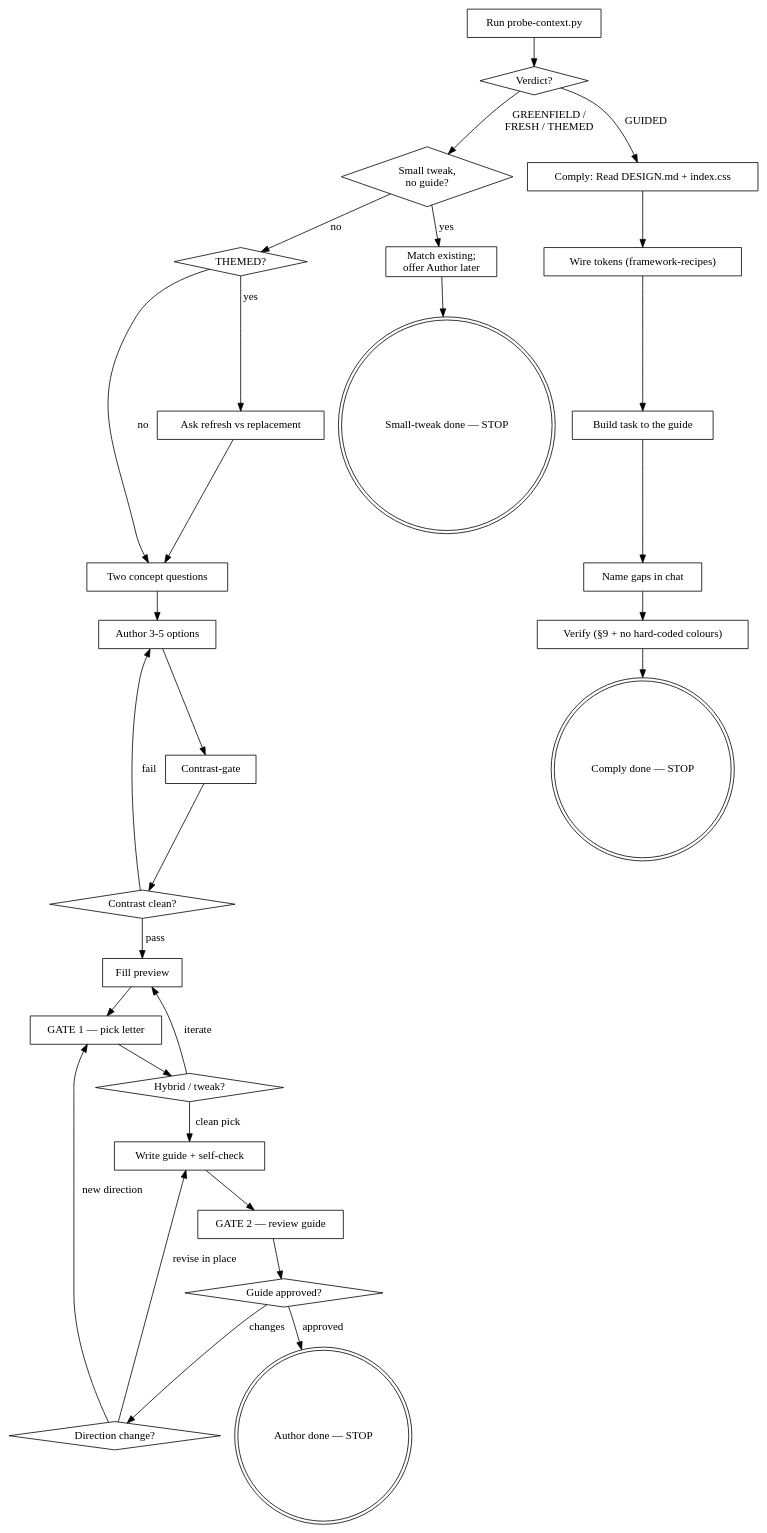
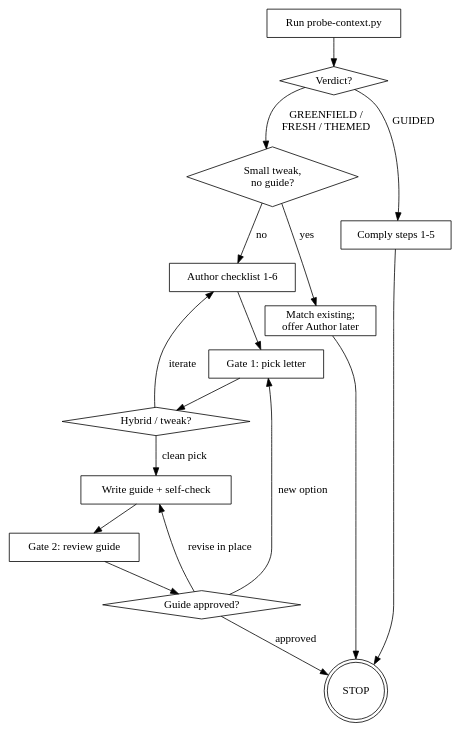
One commit to DuySeu/skillkit changed the diagram in skills/ui-planning/SKILL.md. Above: the diagram before and after it, drawn with Graphviz. The commit also changed other lines of this file and 76 other files, not shown here.

````diff
--- a/skills/ui-planning/SKILL.md
+++ b/skills/ui-planning/SKILL.md
@@ -35,65 +35,33 @@
 ```dot
 digraph ui_planning {
     "Run probe-context.py" [shape=box];
     "Verdict?" [shape=diamond];
     "Small tweak,\nno guide?" [shape=diamond];
     "Match existing;\noffer Author later" [shape=box];
-    "THEMED?" [shape=diamond];
-    "Ask refresh vs replacement" [shape=box];
-
-    "Comply: Read DESIGN.md + index.css" [shape=box];
-    "Wire tokens (framework-recipes)" [shape=box];
-    "Build task to the guide" [shape=box];
-    "Name gaps in chat" [shape=box];
-    "Verify (§9 + no hard-coded colours)" [shape=box];
-    "Comply done — STOP" [shape=doublecircle];
-
-    "Two concept questions" [shape=box];
-    "Author 3-5 options" [shape=box];
-    "Contrast-gate" [shape=box];
-    "Contrast clean?" [shape=diamond];
-    "Fill preview" [shape=box];
-    "GATE 1 — pick letter" [shape=box];
+    "Comply steps 1-5" [shape=box];
+    "Author checklist 1-6" [shape=box];
+    "Gate 1: pick letter" [shape=box];
     "Hybrid / tweak?" [shape=diamond];
     "Write guide + self-check" [shape=box];
-    "GATE 2 — review guide" [shape=box];
+    "Gate 2: review guide" [shape=box];
     "Guide approved?" [shape=diamond];
-    "Direction change?" [shape=diamond];
-    "Author done — STOP" [shape=doublecircle];
-    "Small-tweak done — STOP" [shape=doublecircle];
+    "STOP" [shape=doublecircle];
 
     "Run probe-context.py" -> "Verdict?";
-    "Verdict?" -> "Comply: Read DESIGN.md + index.css" [label="GUIDED"];
+    "Verdict?" -> "Comply steps 1-5" [label="GUIDED"];
     "Verdict?" -> "Small tweak,\nno guide?" [label="GREENFIELD /\nFRESH / THEMED"];
-
     "Small tweak,\nno guide?" -> "Match existing;\noffer Author later" [label="yes"];
-    "Small tweak,\nno guide?" -> "THEMED?" [label="no"];
-    "Match existing;\noffer Author later" -> "Small-tweak done — STOP";
-
-    "THEMED?" -> "Ask refresh vs replacement" [label="yes"];
-    "THEMED?" -> "Two concept questions" [label="no"];
-    "Ask refresh vs replacement" -> "Two concept questions";
-
-    "Comply: Read DESIGN.md + index.css" -> "Wire tokens (framework-recipes)";
-    "Wire tokens (framework-recipes)" -> "Build task to the guide";
-    "Build task to the guide" -> "Name gaps in chat";
-    "Name gaps in chat" -> "Verify (§9 + no hard-coded colours)";
-    "Verify (§9 + no hard-coded colours)" -> "Comply done — STOP";
-
-    "Two concept questions" -> "Author 3-5 options";
-    "Author 3-5 options" -> "Contrast-gate";
-    "Contrast-gate" -> "Contrast clean?";
-    "Contrast clean?" -> "Author 3-5 options" [label="fail"];
-    "Contrast clean?" -> "Fill preview" [label="pass"];
-    "Fill preview" -> "GATE 1 — pick letter";
-    "GATE 1 — pick letter" -> "Hybrid / tweak?";
-    "Hybrid / tweak?" -> "Fill preview" [label="iterate"];
+    "Small tweak,\nno guide?" -> "Author checklist 1-6" [label="no"];
+    "Match existing;\noffer Author later" -> "STOP";
+    "Comply steps 1-5" -> "STOP";
+    "Author checklist 1-6" -> "Gate 1: pick letter";
+    "Gate 1: pick letter" -> "Hybrid / tweak?";
+    "Hybrid / tweak?" -> "Author checklist 1-6" [label="iterate"];
     "Hybrid / tweak?" -> "Write guide + self-check" [label="clean pick"];
-    "Write guide + self-check" -> "GATE 2 — review guide";
-    "GATE 2 — review guide" -> "Guide approved?";
-    "Guide approved?" -> "Author done — STOP" [label="approved"];
-    "Guide approved?" -> "Direction change?" [label="changes"];
-    "Direction change?" -> "GATE 1 — pick letter" [label="new direction"];
-    "Direction change?" -> "Write guide + self-check" [label="revise in place"];
+    "Write guide + self-check" -> "Gate 2: review guide";
+    "Gate 2: review guide" -> "Guide approved?";
+    "Guide approved?" -> "STOP" [label="approved"];
+    "Guide approved?" -> "Gate 1: pick letter" [label="new option"];
+    "Guide approved?" -> "Write guide + self-check" [label="revise in place"];
 }
 ```
````
